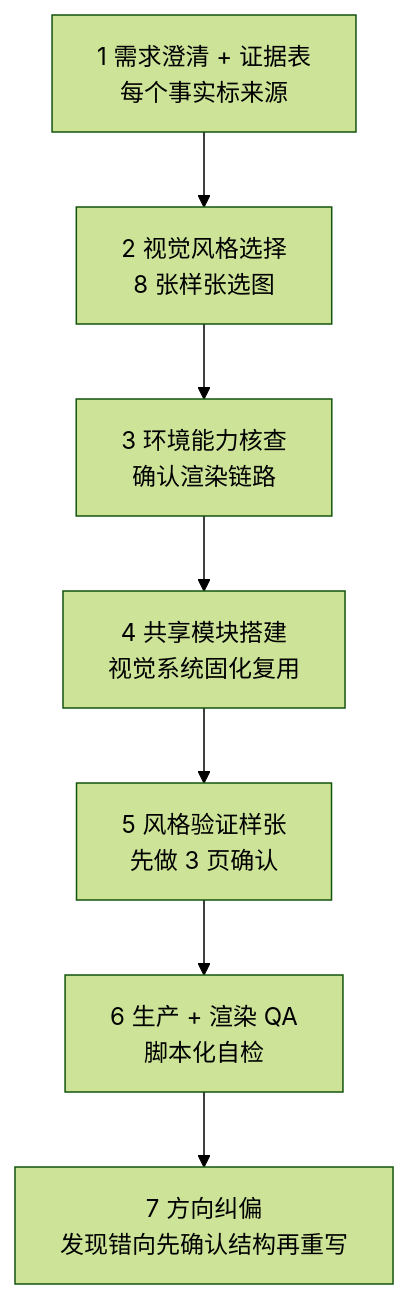
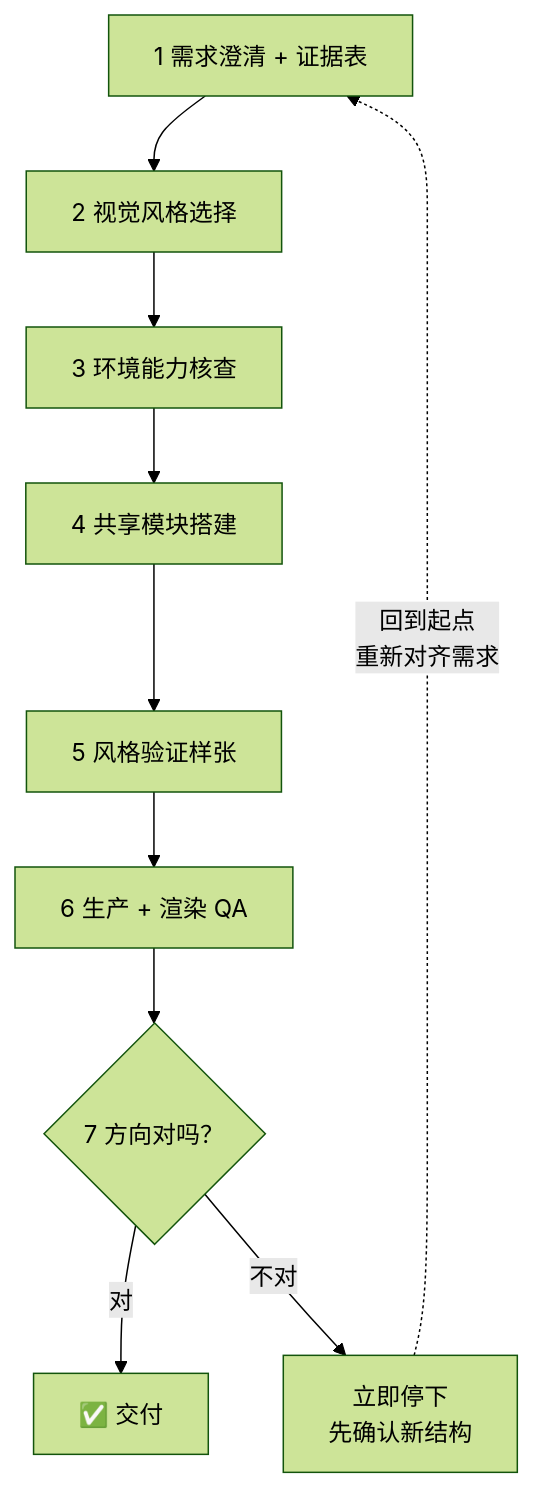
One commit to masonsxu/notes changed the eighth of 8 diagrams in ppt/ppt2-advanced/opencode-advanced-techniques.md. Above: the diagram before and after it, drawn with Mermaid (forest theme). The commit also changed other lines of this file and 1 other file, not shown here.

````diff
--- a/ppt/ppt2-advanced/opencode-advanced-techniques.md
+++ b/ppt/ppt2-advanced/opencode-advanced-techniques.md
@@ -430,9 +467,12 @@
 ```mermaid
 flowchart TB
-    S1["1 需求澄清 + 证据表<br/>每个事实标来源"] --> S2["2 视觉风格选择<br/>8 张样张选图"]
-    S2 --> S3["3 环境能力核查<br/>确认渲染链路"]
-    S3 --> S4["4 共享模块搭建<br/>视觉系统固化复用"]
-    S4 --> S5["5 风格验证样张<br/>先做 3 页确认"]
-    S5 --> S6["6 生产 + 渲染 QA<br/>脚本化自检"]
-    S6 --> S7["7 方向纠偏<br/>发现错向先确认结构再重写"]
+    S1["1 需求澄清 + 证据表"] --> S2["2 视觉风格选择"]
+    S2 --> S3["3 环境能力核查"]
+    S3 --> S4["4 共享模块搭建"]
+    S4 --> S5["5 风格验证样张"]
+    S5 --> S6["6 生产 + 渲染 QA"]
+    S6 --> S7{"7 方向对吗？"}
+    S7 -->|"对"| DONE["✅ 交付"]
+    S7 -->|"不对"| RESTART["立即停下<br/>先确认新结构"]
+    RESTART -.->|"回到起点<br/>重新对齐需求"| S1
 ```
````
